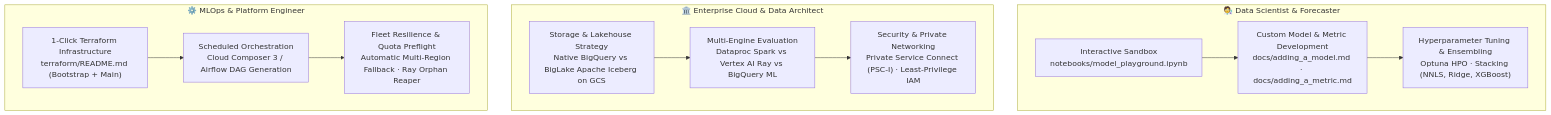
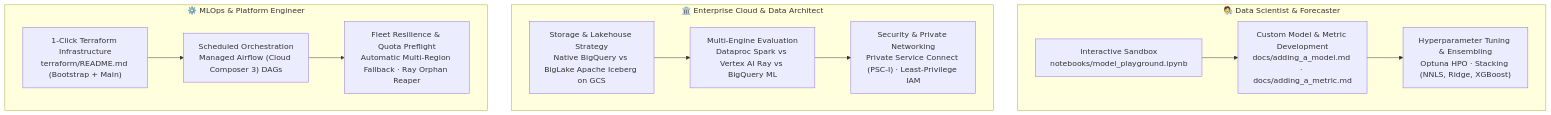
Before and after one commit to statmike/scale-forecasting: the first of 4 diagrams in README.md, drawn with Mermaid. The commit also changed other lines of this file, not shown here.

Commit message:
docs: align Composer naming with Managed Service for Apache Airflow across README

````diff
--- a/README.md
+++ b/README.md
@@ -109,23 +109,23 @@
 ```mermaid
 flowchart TD
     subgraph DataScientist["🧑‍🔬 Data Scientist & Forecaster"]
         DS1["Interactive Sandbox<br/>notebooks/model_playground.ipynb"]
         DS2["Custom Model & Metric Development<br/>docs/adding_a_model.md · docs/adding_a_metric.md"]
         DS3["Hyperparameter Tuning & Ensembling<br/>Optuna HPO · Stacking (NNLS, Ridge, XGBoost)"]
         DS1 --> DS2 --> DS3
     end
 
     subgraph Architect["🏛️ Enterprise Cloud & Data Architect"]
         AR1["Storage & Lakehouse Strategy<br/>Native BigQuery vs BigLake Apache Iceberg on GCS"]
         AR2["Multi-Engine Evaluation<br/>Dataproc Spark vs Vertex AI Ray vs BigQuery ML"]
         AR3["Security & Private Networking<br/>Private Service Connect (PSC-I) · Least-Privilege IAM"]
         AR1 --> AR2 --> AR3
     end
 
     subgraph MLOps["⚙️ MLOps & Platform Engineer"]
         OP1["1-Click Terraform Infrastructure<br/>terraform/README.md (Bootstrap + Main)"]
-        OP2["Scheduled Orchestration<br/>Cloud Composer 3 / Airflow DAG Generation"]
+        OP2["Scheduled Orchestration<br/>Managed Airflow (Cloud Composer 3) DAGs"]
         OP3["Fleet Resilience & Quota Preflight<br/>Automatic Multi-Region Fallback · Ray Orphan Reaper"]
         OP1 --> OP2 --> OP3
     end
 ```
````
